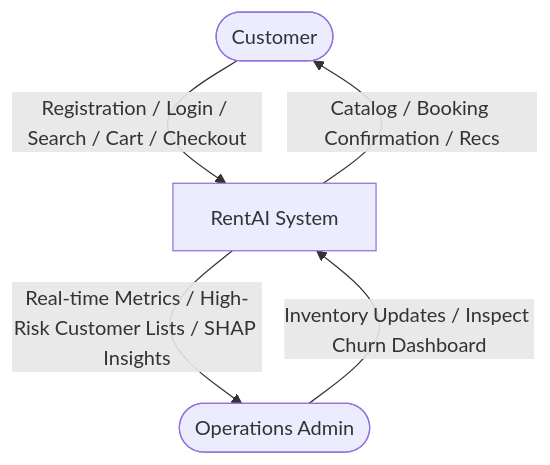
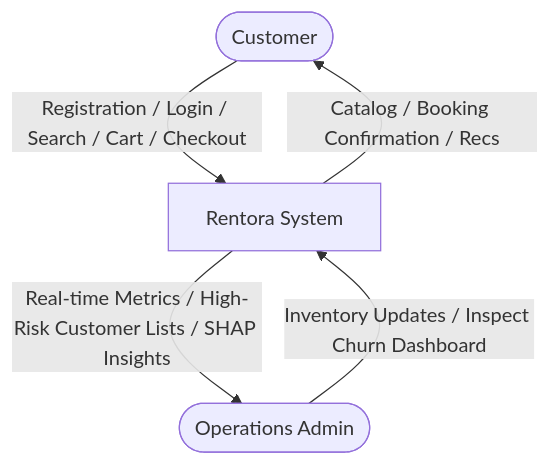
Before and after one commit to Nayak17-07/RentAI: the second of 3 diagrams in docs/software/06_SYSTEM_DESIGN_DOCUMENT.md, drawn with Mermaid. The commit also changed other lines of this file and 144 other files, not shown here.

Commit message:
Complete Rentora ecosystem upgrade: 15-module Node/Express backend, ML churn & XAI pipeline, React 18 SPA, and full documentation suite

````diff
--- a/docs/software/06_SYSTEM_DESIGN_DOCUMENT.md
+++ b/docs/software/06_SYSTEM_DESIGN_DOCUMENT.md
@@ -115,8 +115,8 @@
 ```mermaid
 graph TD
-    Customer([Customer]) -->|Registration / Login / Search / Cart / Checkout| RentAI[RentAI System]
-    RentAI -->|Catalog / Booking Confirmation / Recs| Customer
+    Customer([Customer]) -->|Registration / Login / Search / Cart / Checkout| Rentora[Rentora System]
+    Rentora -->|Catalog / Booking Confirmation / Recs| Customer
     
-    Admin([Operations Admin]) -->|Inventory Updates / Inspect Churn Dashboard| RentAI
-    RentAI -->|Real-time Metrics / High-Risk Customer Lists / SHAP Insights| Admin
+    Admin([Operations Admin]) -->|Inventory Updates / Inspect Churn Dashboard| Rentora
+    Rentora -->|Real-time Metrics / High-Risk Customer Lists / SHAP Insights| Admin
 ```
````
